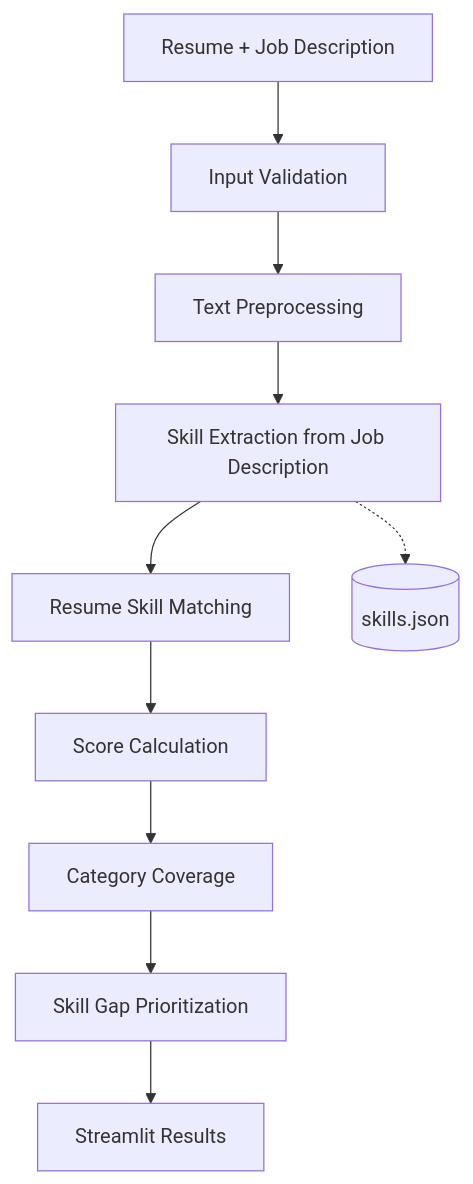
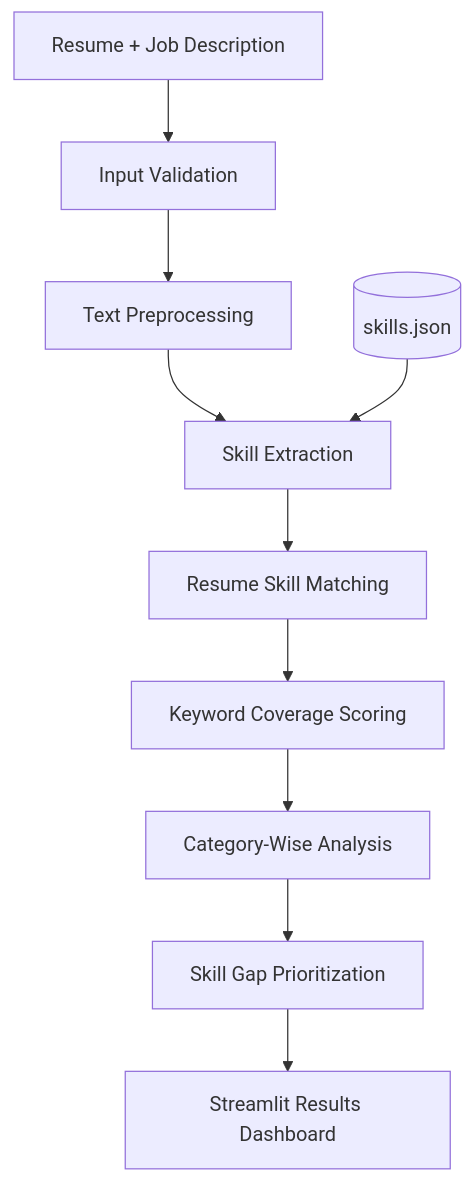
Before and after one commit to Chethan13032005/JobFit: the diagram in README.md, drawn with Mermaid. The commit also changed other lines of this file, not shown here.

````diff
--- a/README.md
+++ b/README.md
@@ -151,13 +27,14 @@
 ```mermaid
 flowchart TD
-    A[Resume + Job Description] --> B[Input Validation]
-    B --> C[Text Preprocessing]
-    C --> D[Skill Extraction from Job Description]
-    D --> E[Resume Skill Matching]
-    E --> F[Score Calculation]
-    F --> G[Category Coverage]
-    G --> H[Skill Gap Prioritization]
-    H --> I[Streamlit Results]
+    A["Resume + Job Description"] --> B["Input Validation"]
+    B --> C["Text Preprocessing"]
+    C --> D["Skill Extraction"]
+    D --> E["Resume Skill Matching"]
 
-    D -.-> J[(skills.json)]
+    F[("skills.json")] --> D
+
+    E --> G["Keyword Coverage Scoring"]
+    G --> H["Category-Wise Analysis"]
+    H --> I["Skill Gap Prioritization"]
+    I --> J["Streamlit Results Dashboard"]
 ```
````
